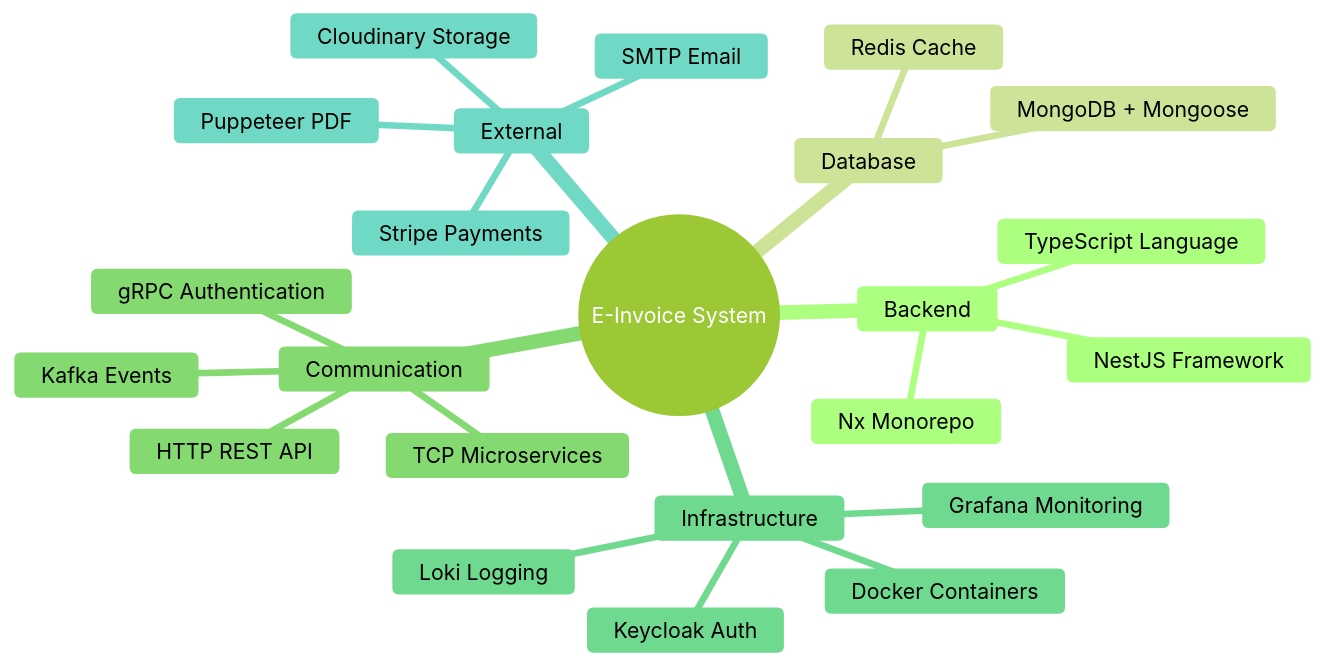
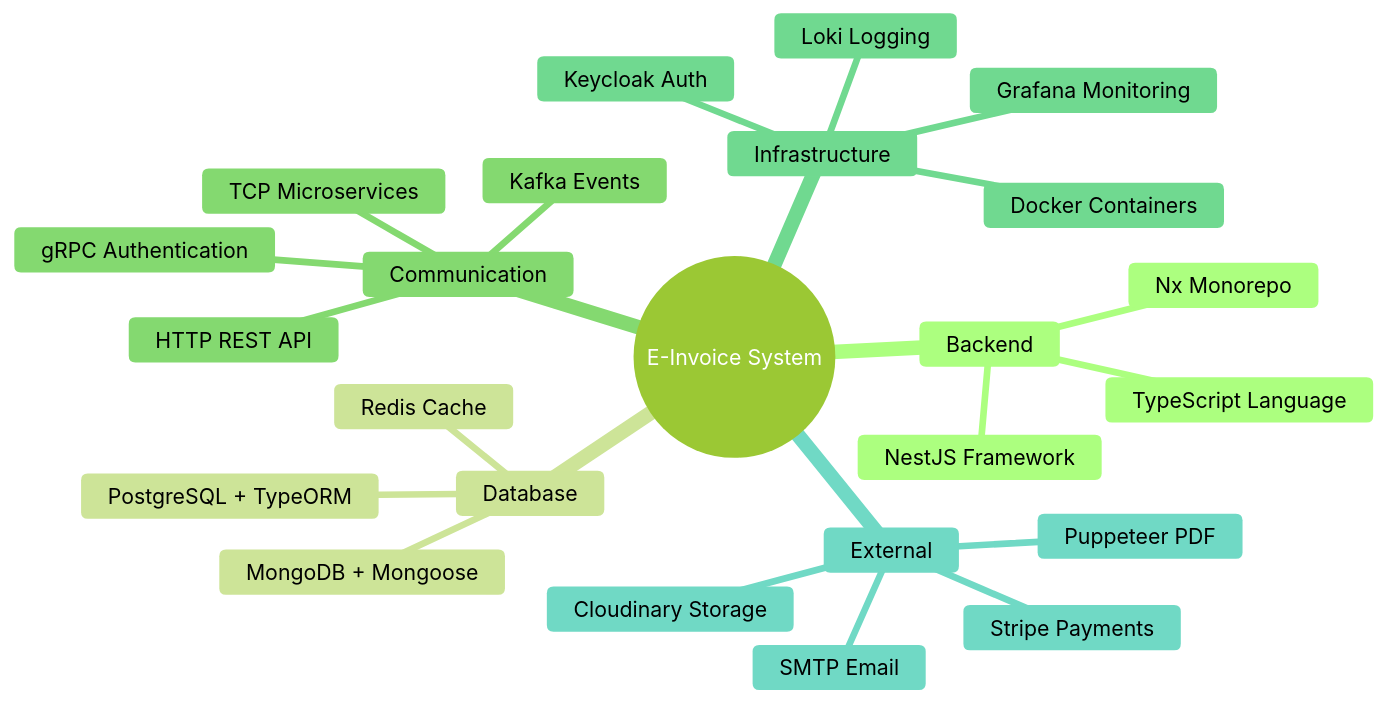
The second of 2 diagrams in README.md (thanhmati/einvoice-backend), drawn with Mermaid (forest theme) before and after one commit. The commit also changed other lines of this file, not shown here.

````diff
--- a/README.md
+++ b/README.md
@@ -180,26 +181,27 @@
 ```mermaid
 mindmap
   root((E-Invoice System))
     Backend
       NestJS Framework
       TypeScript Language
       Nx Monorepo
     Database
       MongoDB + Mongoose
+      PostgreSQL + TypeORM
       Redis Cache
     Communication
       TCP Microservices
       gRPC Authentication
       Kafka Events
       HTTP REST API
     Infrastructure
       Docker Containers
       Keycloak Auth
       Grafana Monitoring
       Loki Logging
     External
       Stripe Payments
       Cloudinary Storage
       SMTP Email
       Puppeteer PDF
 ```
````
